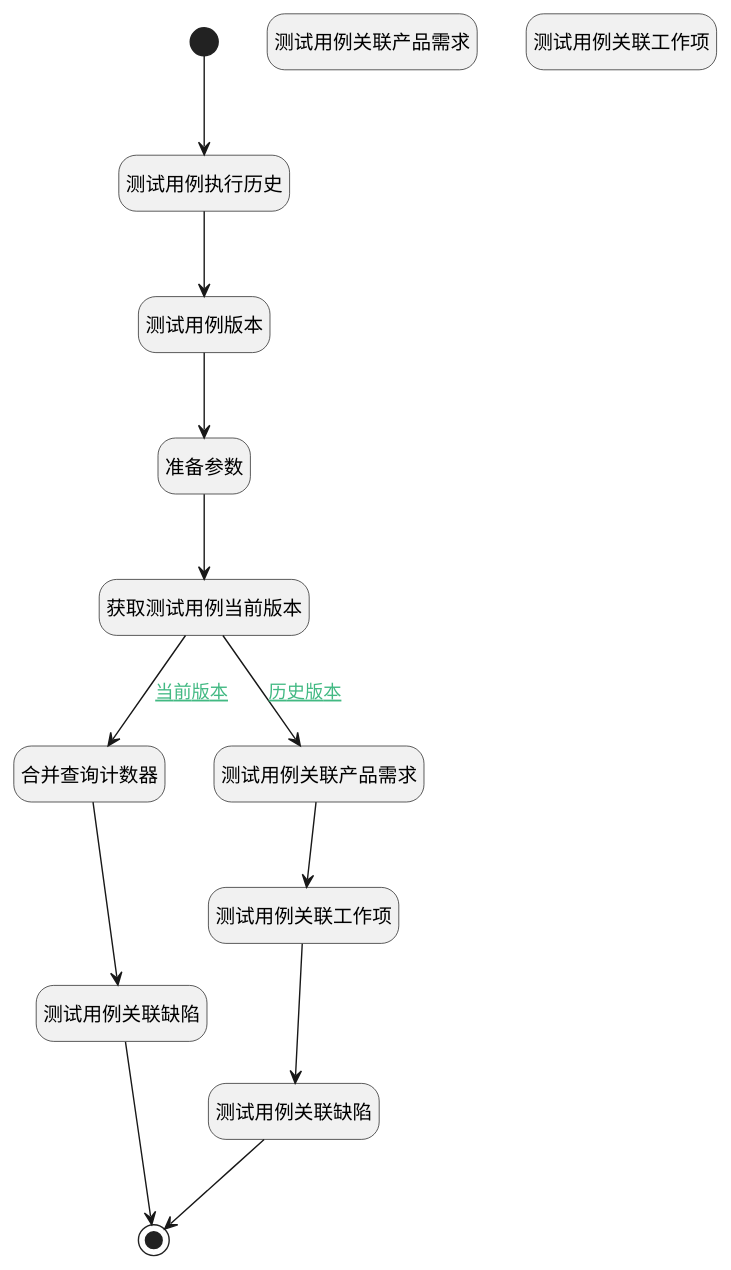
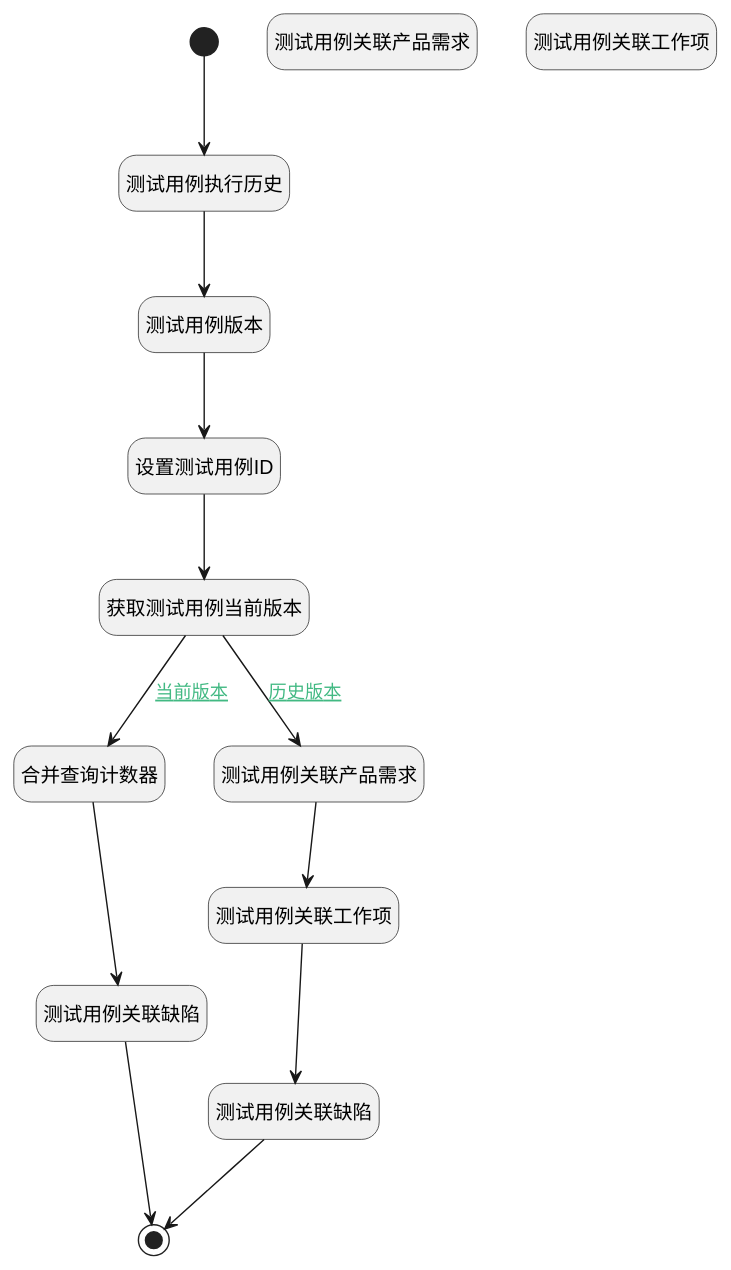
The diagram in doc/docsify/module/TestMgmt/test_case/logic/test_case_re_counters.md (iBizLab/plm), drawn with PlantUML before and after one commit. The commit also changed other lines of this file and 1778 other files, not shown here.

````diff
--- a/doc/docsify/module/TestMgmt/test_case/logic/test_case_re_counters.md
+++ b/doc/docsify/module/TestMgmt/test_case/logic/test_case_re_counters.md
@@ -7,40 +7,40 @@
 ```plantuml
 @startuml
 hide empty description
 <style>
 root {
   HyperlinkColor #42b983
 }
 </style>
 
 hide empty description
 state "开始" as Begin <<start>> [[$./test_case_re_counters#begin {"开始"}]]
 state "测试用例关联产品需求" as RAWSQLCALL1  [[$./test_case_re_counters#rawsqlcall1 {"测试用例关联产品需求"}]]
 state "测试用例关联工作项" as RAWSQLCALL2  [[$./test_case_re_counters#rawsqlcall2 {"测试用例关联工作项"}]]
 state "结束" as END1 <<end>> [[$./test_case_re_counters#end1 {"结束"}]]
-state "准备参数" as PREPAREPARAM1  [[$./test_case_re_counters#prepareparam1 {"准备参数"}]]
+state "设置测试用例ID" as PREPAREPARAM1  [[$./test_case_re_counters#prepareparam1 {"设置测试用例ID"}]]
 state "获取测试用例当前版本" as DEACTION1  [[$./test_case_re_counters#deaction1 {"获取测试用例当前版本"}]]
+state "测试用例执行历史" as RAWSQLCALL4  [[$./test_case_re_counters#rawsqlcall4 {"测试用例执行历史"}]]
+state "测试用例版本" as RAWSQLCALL5  [[$./test_case_re_counters#rawsqlcall5 {"测试用例版本"}]]
 state "合并查询计数器" as RAWSQLCALL9  [[$./test_case_re_counters#rawsqlcall9 {"合并查询计数器"}]]
 state "测试用例关联缺陷" as RAWSQLCALL3  [[$./test_case_re_counters#rawsqlcall3 {"测试用例关联缺陷"}]]
-state "测试用例执行历史" as RAWSQLCALL4  [[$./test_case_re_counters#rawsqlcall4 {"测试用例执行历史"}]]
-state "测试用例版本" as RAWSQLCALL5  [[$./test_case_re_counters#rawsqlcall5 {"测试用例版本"}]]
 state "测试用例关联产品需求" as RAWSQLCALL6  [[$./test_case_re_counters#rawsqlcall6 {"测试用例关联产品需求"}]]
 state "测试用例关联工作项" as RAWSQLCALL7  [[$./test_case_re_counters#rawsqlcall7 {"测试用例关联工作项"}]]
 state "测试用例关联缺陷" as RAWSQLCALL8  [[$./test_case_re_counters#rawsqlcall8 {"测试用例关联缺陷"}]]
 
 
 Begin --> RAWSQLCALL4
 RAWSQLCALL4 --> RAWSQLCALL5
 RAWSQLCALL5 --> PREPAREPARAM1
 PREPAREPARAM1 --> DEACTION1
 DEACTION1 --> RAWSQLCALL9 : [[$./test_case_re_counters#deaction1-rawsqlcall9{当前版本} 当前版本]]
 RAWSQLCALL9 --> RAWSQLCALL3
 RAWSQLCALL3 --> END1
 DEACTION1 --> RAWSQLCALL6 : [[$./test_case_re_counters#deaction1-rawsqlcall6{历史版本} 历史版本]]
 RAWSQLCALL6 --> RAWSQLCALL7
 RAWSQLCALL7 --> RAWSQLCALL8
 RAWSQLCALL8 --> END1
 
 
 @enduml
 ```
````
